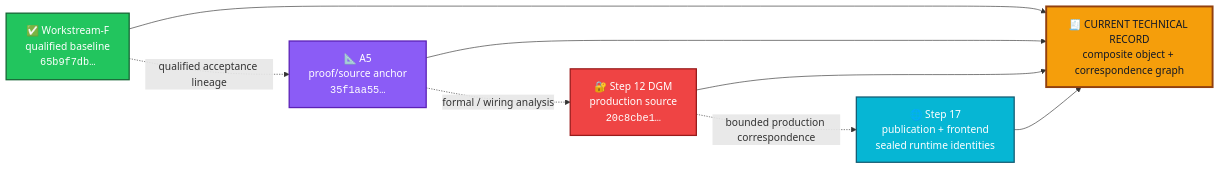
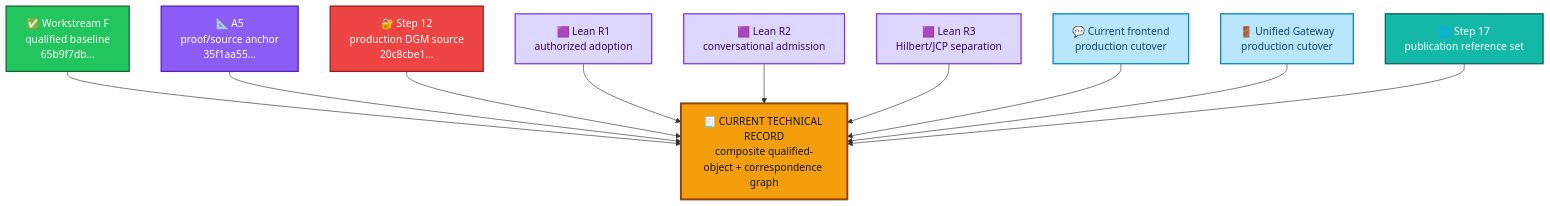
Before and after one commit to kiddstechnical/ALLIS-Artificial-Learning-and-Location-Intelligence-System: the third of 4 diagrams in README.md, drawn with Mermaid. The commit also changed other lines of this file, not shown here.

````diff
--- a/README.md
+++ b/README.md
@@ -217,24 +418,35 @@
 ```mermaid
-flowchart LR
-    A["✅ Workstream-F<br/>qualified baseline<br/><code>65b9f7db…</code>"]:::accept
-    B["📐 A5<br/>proof/source anchor<br/><code>35f1aa55…</code>"]:::proof
-    C["🔐 Step 12 DGM<br/>production source<br/><code>20c8cbe1…</code>"]:::dgm
-    D["🌐 Step 17<br/>publication + frontend<br/>sealed runtime identities"]:::pub
+flowchart TB
+    F["✅ Workstream F<br/>qualified baseline<br/>65b9f7db…"]:::base
+    A["📐 A5<br/>proof/source anchor<br/>35f1aa55…"]:::proof
+    D["🔐 Step 12<br/>production DGM source<br/>20c8cbe1…"]:::dgm
 
-    A -. "qualified acceptance lineage" .-> B
-    B -. "formal / wiring analysis" .-> C
-    C -. "bounded production correspondence" .-> D
+    R1["🟪 Lean R1<br/>authorized adoption"]:::lean
+    R2["🟪 Lean R2<br/>conversational admission"]:::lean
+    R3["🟪 Lean R3<br/>Hilbert/JCP separation"]:::lean
 
-    X["🧾 CURRENT TECHNICAL RECORD<br/>composite object + correspondence graph"]:::current
+    FE["💬 Current frontend<br/>production cutover"]:::runtime
+    GW["🚪 Unified Gateway<br/>production cutover"]:::runtime
 
+    P["🌐 Step 17<br/>publication reference set"]:::pub
+
+    X["🧾 CURRENT TECHNICAL RECORD<br/>composite qualified-object + correspondence graph"]:::current
+
+    F --> X
     A --> X
-    B --> X
-    C --> X
     D --> X
+    R1 --> X
+    R2 --> X
+    R3 --> X
+    FE --> X
+    GW --> X
+    P --> X
 
-    classDef accept fill:#22c55e,stroke:#166534,color:#ffffff,stroke-width:2px;
+    classDef base fill:#22c55e,stroke:#166534,color:#ffffff,stroke-width:2px;
     classDef proof fill:#8b5cf6,stroke:#5b21b6,color:#ffffff,stroke-width:2px;
     classDef dgm fill:#ef4444,stroke:#991b1b,color:#ffffff,stroke-width:2px;
-    classDef pub fill:#06b6d4,stroke:#155e75,color:#ffffff,stroke-width:2px;
+    classDef lean fill:#ddd6fe,stroke:#7c3aed,color:#3b0764,stroke-width:2px;
+    classDef runtime fill:#bae6fd,stroke:#0284c7,color:#0c4a6e,stroke-width:2px;
+    classDef pub fill:#14b8a6,stroke:#115e59,color:#ffffff,stroke-width:2px;
     classDef current fill:#f59e0b,stroke:#92400e,color:#111827,stroke-width:3px;
 ```
````
